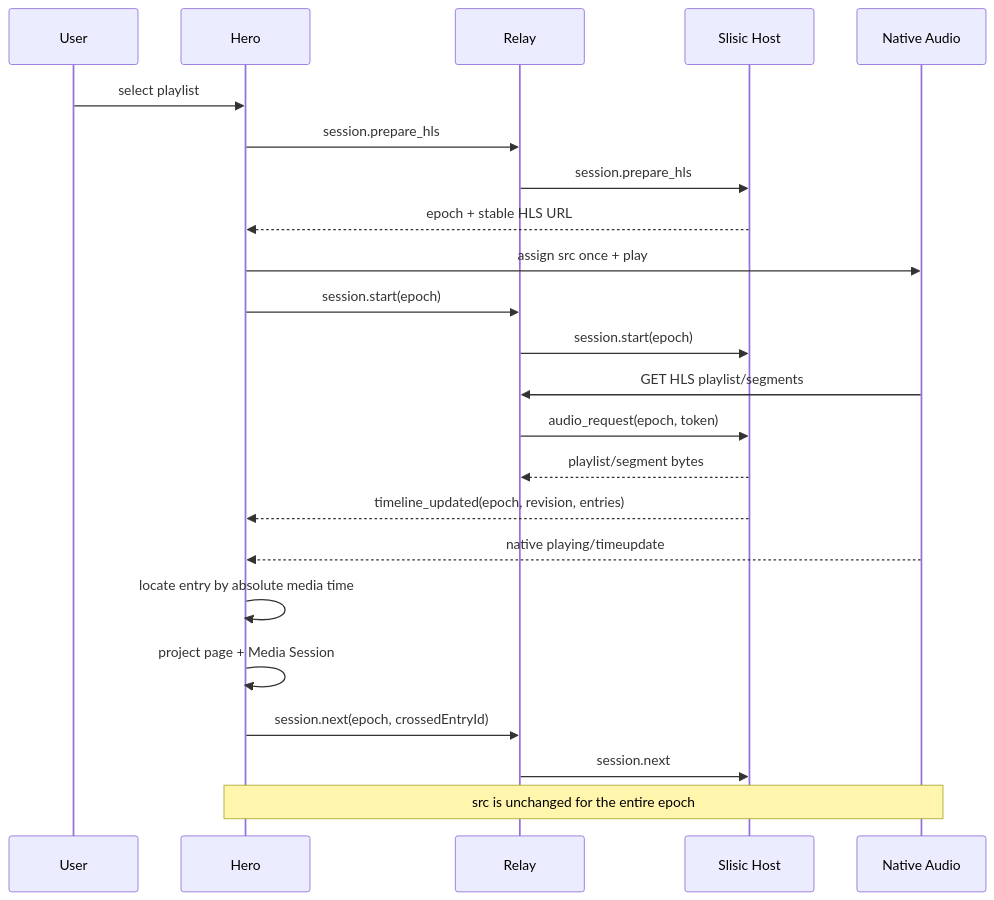
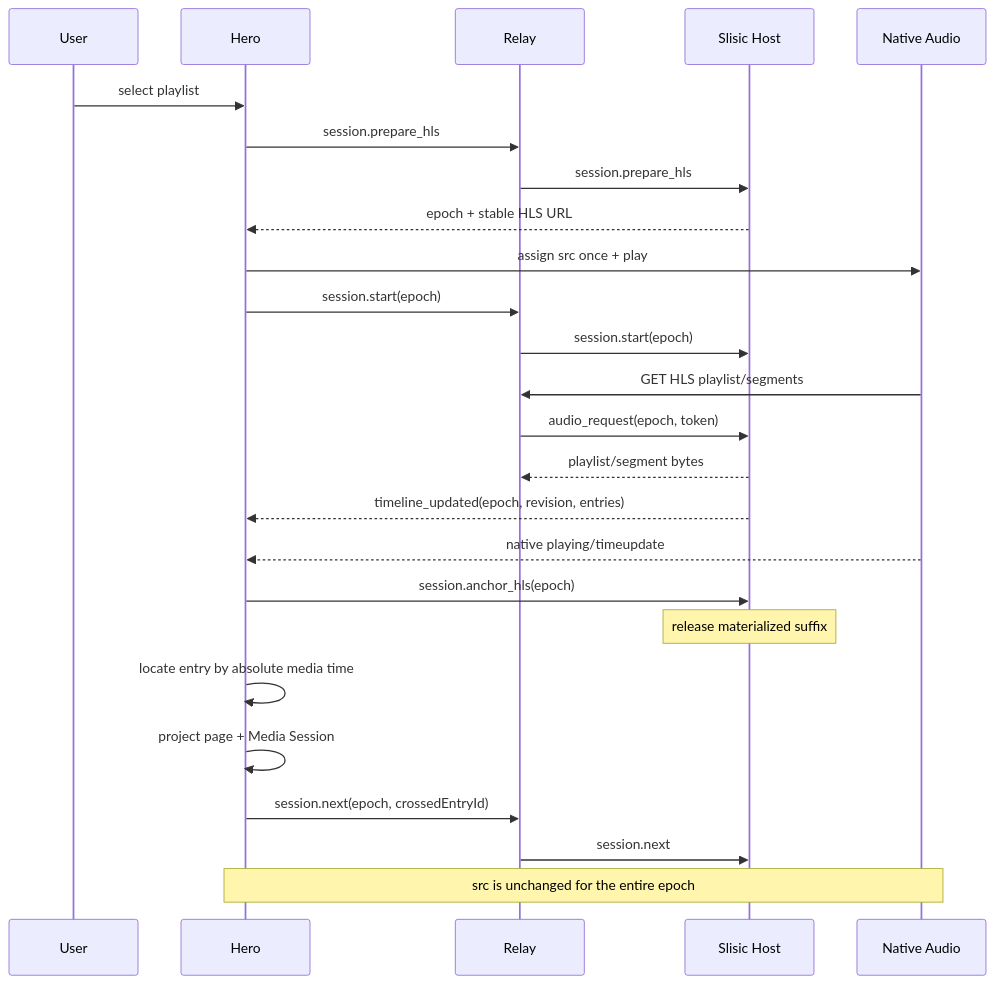
One commit to GrahLnn/slisic changed the diagram in docs/remote-share-hls-architecture.md. Above: the diagram before and after it, drawn with Mermaid. The commit also changed other lines of this file and 2 other files, not shown here.

Commit message:
Release HLS buffer after native playback anchors

````diff
--- a/docs/remote-share-hls-architecture.md
+++ b/docs/remote-share-hls-architecture.md
@@ -499,26 +513,28 @@
 ```mermaid
 sequenceDiagram
   participant U as User
   participant H as Hero
   participant R as Relay
   participant S as Slisic Host
   participant A as Native Audio
 
   U->>H: select playlist
   H->>R: session.prepare_hls
   R->>S: session.prepare_hls
   S-->>H: epoch + stable HLS URL
   H->>A: assign src once + play
   H->>R: session.start(epoch)
   R->>S: session.start(epoch)
   A->>R: GET HLS playlist/segments
   R->>S: audio_request(epoch, token)
   S-->>R: playlist/segment bytes
   S-->>H: timeline_updated(epoch, revision, entries)
   A-->>H: native playing/timeupdate
+  H->>S: session.anchor_hls(epoch)
+  Note over S: release materialized suffix
   H->>H: locate entry by absolute media time
   H->>H: project page + Media Session
   H->>R: session.next(epoch, crossedEntryId)
   R->>S: session.next
   Note over H,A: src is unchanged for the entire epoch
 ```
````
